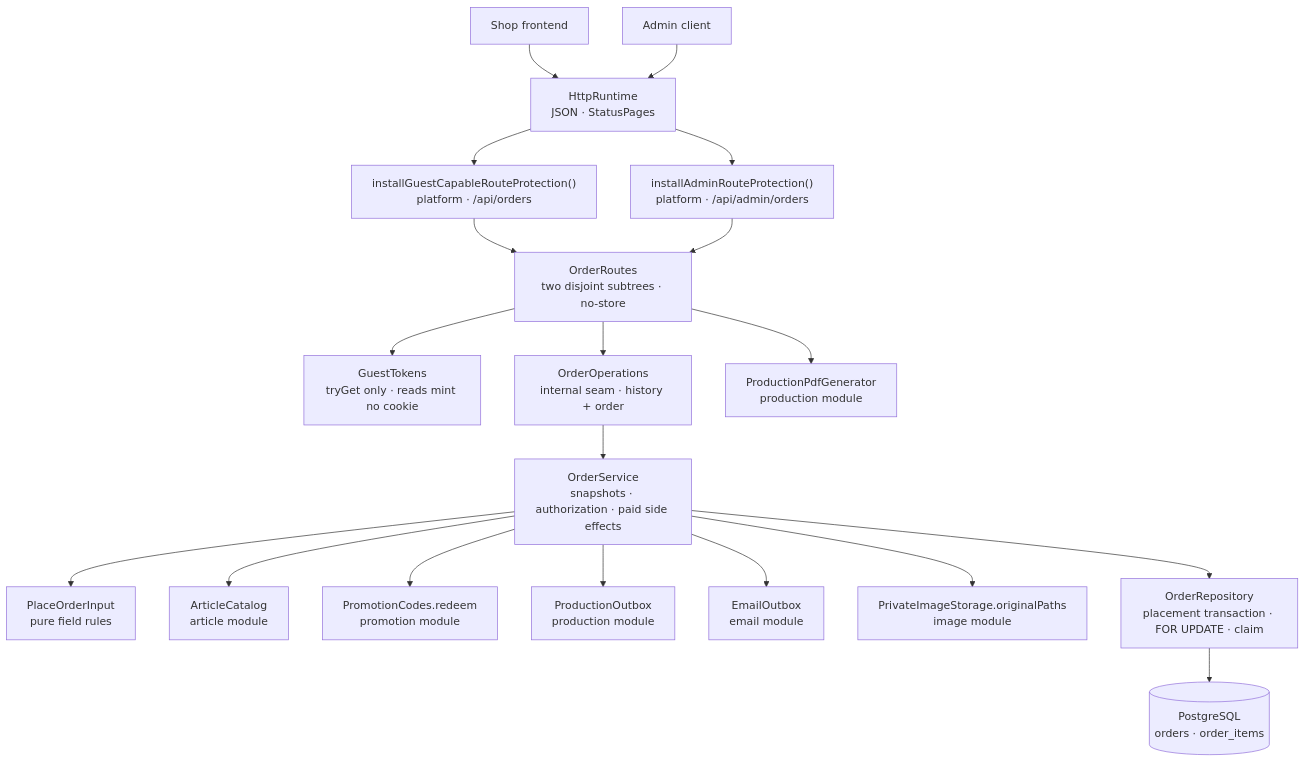
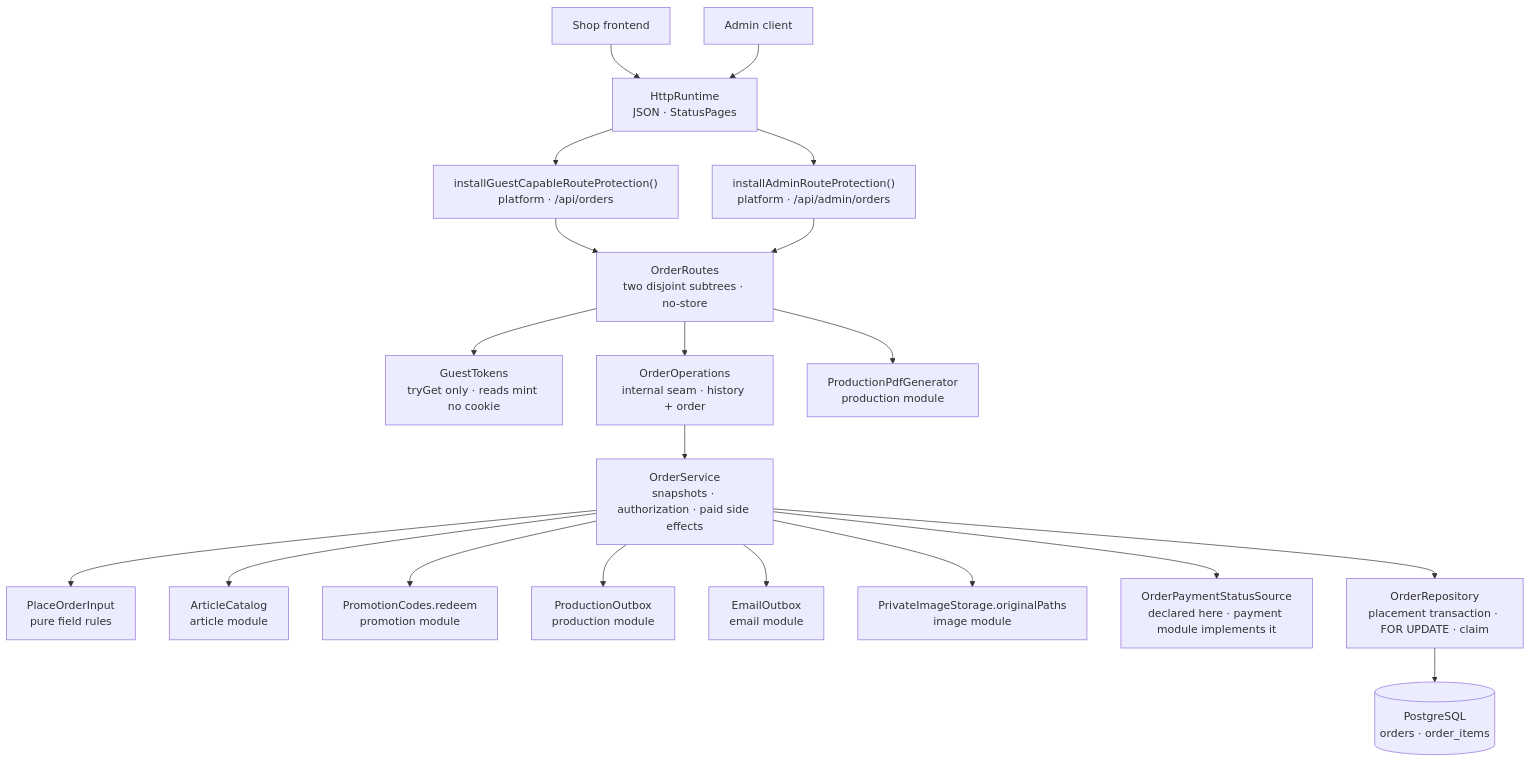
Before and after one commit to bitstorm-tech/voenix-shop-kotlin: the diagram in docs/dev/backend/order-package.md, drawn with Mermaid. The commit also changed other lines of this file and 32 other files, not shown here.

First line of the commit message:
Payment T3: paymentStatus in the order responses

````diff
--- a/docs/dev/backend/order-package.md
+++ b/docs/dev/backend/order-package.md
@@ -39,34 +39,36 @@
 ```mermaid
 flowchart TB
     Client["Shop frontend"]
     Admin["Admin client"]
     Http["HttpRuntime<br/>JSON · StatusPages"]
     Guest["installGuestCapableRouteProtection()<br/>platform · /api/orders"]
     AdminAuth["installAdminRouteProtection()<br/>platform · /api/admin/orders"]
     Routes["OrderRoutes<br/>two disjoint subtrees · no-store"]
     Tokens["GuestTokens<br/>tryGet only · reads mint no cookie"]
     Operations["OrderOperations<br/>internal seam · history + order"]
     Service["OrderService<br/>snapshots · authorization · paid side effects"]
     Input["PlaceOrderInput<br/>pure field rules"]
     Articles["ArticleCatalog<br/>article module"]
     Promotions["PromotionCodes.redeem<br/>promotion module"]
     ProdOutbox["ProductionOutbox<br/>production module"]
     MailOutbox["EmailOutbox<br/>email module"]
     Images["PrivateImageStorage.originalPaths<br/>image module"]
+    PaymentStatus["OrderPaymentStatusSource<br/>declared here · payment module implements it"]
     Pdfs["ProductionPdfGenerator<br/>production module"]
     Repository["OrderRepository<br/>placement transaction · FOR UPDATE · claim"]
     Tables[("PostgreSQL<br/>orders · order_items")]
 
     Client --> Http --> Guest --> Routes
     Admin --> Http --> AdminAuth --> Routes
     Routes --> Tokens
     Routes --> Pdfs
     Routes --> Operations --> Service
     Service --> Input
     Service --> Articles
     Service --> Promotions
     Service --> ProdOutbox
     Service --> MailOutbox
     Service --> Images
+    Service --> PaymentStatus
     Service --> Repository --> Tables
 ```
````
